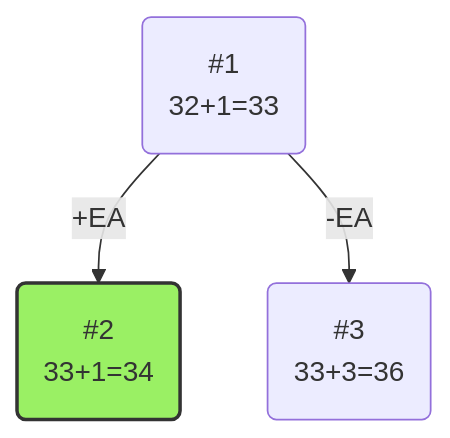
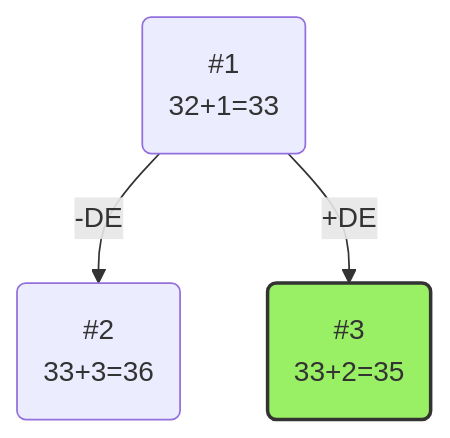
Before and after one commit to hse-algo-psapr-25/manual-tasks: the second of 4 diagrams in Задание 19/Rehash.md, drawn with Mermaid. The commit also changed other lines of this file, not shown here.

````diff
--- a/Задание 19/Rehash.md
+++ b/Задание 19/Rehash.md
@@ -137,9 +137,9 @@
 ```mermaid
 graph TB
     1(#1
-    32+1=33) -- +EA --> 2(#2
-    33+1=34)
-    1 -- -EA --> 3(#3
+    32+1=33) -- -DE --> 2(#2
     33+3=36)
-   style 2 fill:#9AF064,stroke:#333,stroke-width:2px
+    1 -- +DE --> 3(#3
+    33+2=35)
+   style 3 fill:#9AF064,stroke:#333,stroke-width:2px
 ```
````
